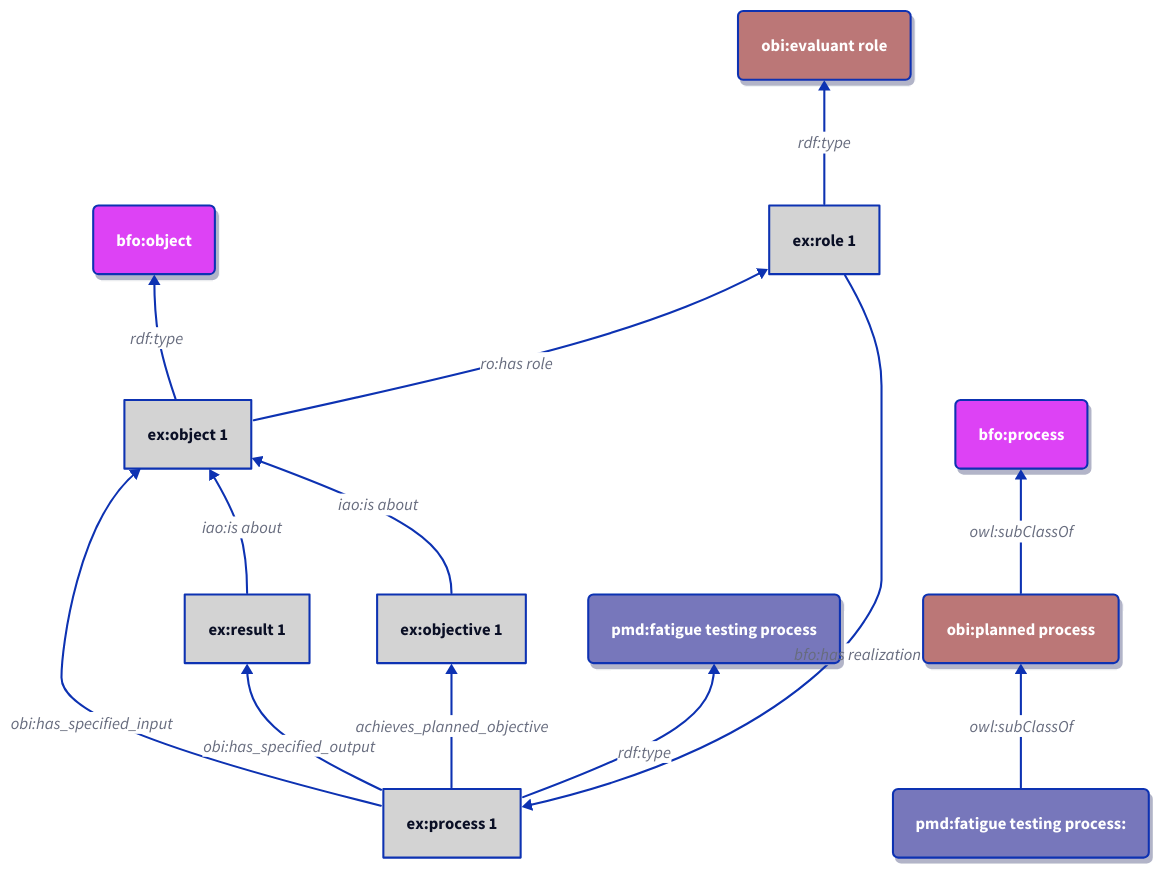
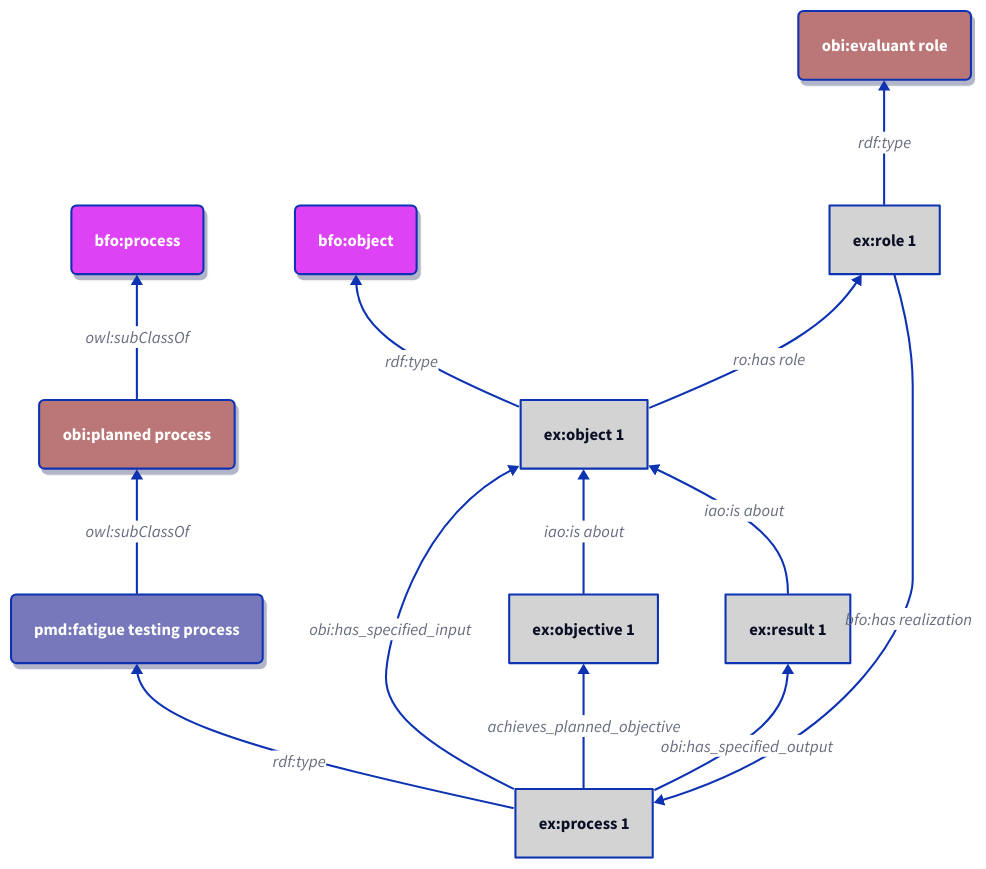
Before and after one commit to materialdigital/core-ontology: the fourth of 4 diagrams in docs/patterns.md, drawn with D2. The commit also changed other lines of this file and 1 other file, not shown here.

````diff
--- a/docs/patterns.md
+++ b/docs/patterns.md
@@ -350,60 +328,59 @@
 ```d2
 direction: up
 
 classes: {
   bfoclazz: {
     style: {
       fill: "#dd42f5"
       shadow: true
       border-radius: 5
       font-color: white
     }
   }
   pmdclazz: {
     style: {
       fill: "#7777BB"
       shadow: true
       border-radius: 5
       font-color: white
     }
   }
   obiclazz: {
     style: {
       fill: "#BB7777"
       shadow: true
       border-radius: 5
       font-color: white
     }
   }
   individual: {
     style: {
       fill: "lightgrey"
     }
   }
 }
 bfo*.class: bfoclazz
 pmd*.class: pmdclazz
 obi*.class: obiclazz
 ex*.class: individual
 
 "ex:process 1" -> "ex:object 1": "obi:has_specified_input"
 "ex:process 1" -> "ex:result 1": "obi:has_specified_output"
 "ex:process 1" -> "ex:objective 1": "achieves_planned_objective"
 
 "ex:objective 1" -> "ex:object 1": "iao:is about"
 "ex:result 1" -> "ex:object 1": "iao:is about"
 "ex:process 1" -> "pmd:fatigue testing process": "rdf:type"
-"pmd:fatigue testing process:" -> "obi:planned process": "owl:subClassOf"
+"pmd:fatigue testing process" -> "obi:planned process": "owl:subClassOf"
 "obi:planned process" -> "bfo:process": "owl:subClassOf"
 
 "ex:object 1" -> "bfo:object": "rdf:type"
 "ex:object 1" -> "ex:role 1": "ro:has role"
 "ex:role 1" -> "obi:evaluant role": "rdf:type"
 "ex:role 1" -> "ex:process 1": "bfo:has realization"
 
 # "bfo:object": {
 #  near: center-left
 # }
 
-
 ```
````
